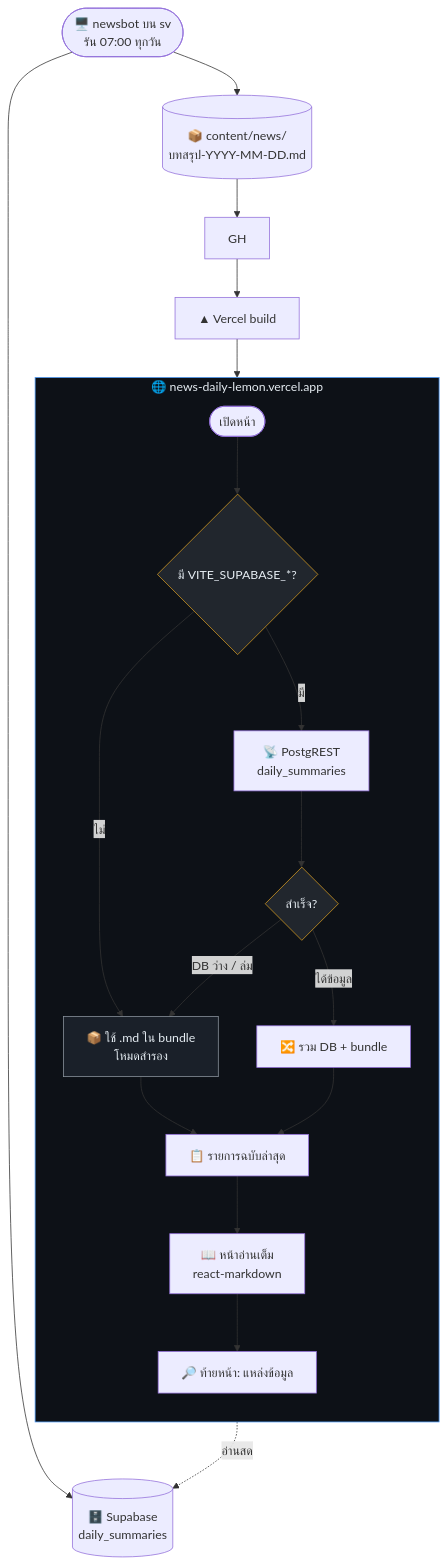
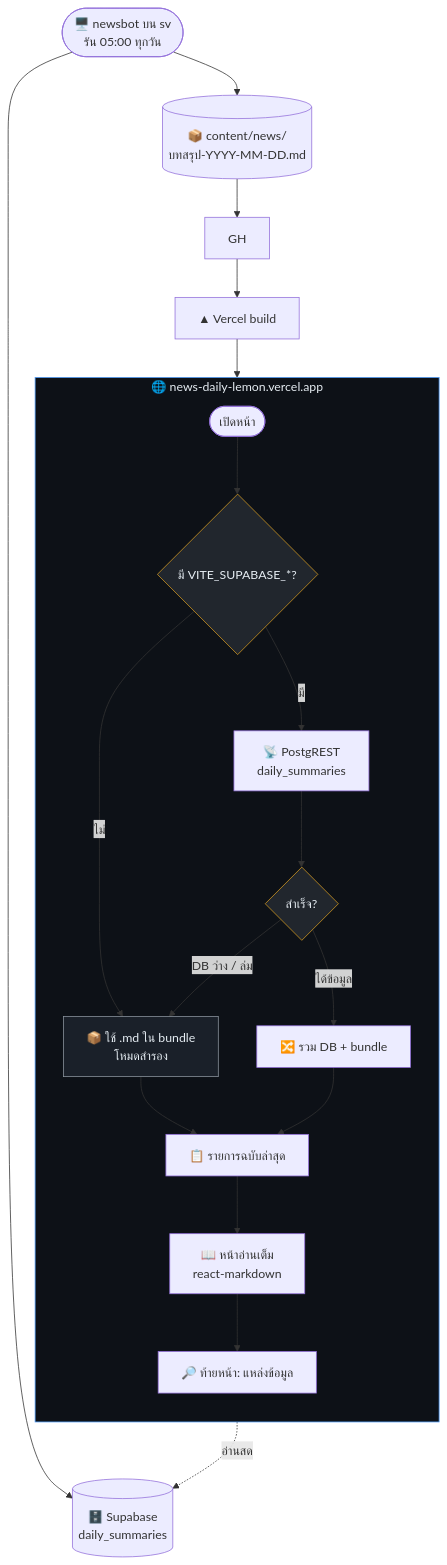
One commit to GridsDev/news-daily changed the first of 2 diagrams in README.md. Above: the diagram before and after it, drawn with Mermaid. The commit also changed other lines of this file and 7 other files, not shown here.

````diff
--- a/README.md
+++ b/README.md
@@ -13,27 +13,27 @@
 ```mermaid
 flowchart TD
-    BOT(["🖥️ newsbot บน sv<br/>รัน 07:00 ทุกวัน"]) --> DB[("🗄️ Supabase<br/>daily_summaries")]
+    BOT(["🖥️ newsbot บน sv<br/>รัน 05:00 ทุกวัน"]) --> DB[("🗄️ Supabase<br/>daily_summaries")]
     BOT --> MD[("📦 content/news/<br/>บทสรุป-YYYY-MM-DD.md")]
     MD --> GH --> V["▲ Vercel build"] --> SITE
 
     subgraph SITE["🌐 news-daily-lemon.vercel.app"]
         direction TB
         LOAD(["เปิดหน้า"]) --> CFG{"มี VITE_SUPABASE_*?"}
         CFG -- "ไม่" --> BUNDLE["📦 ใช้ .md ใน bundle<br/>โหมดสำรอง"]
         CFG -- "มี" --> API["📡 PostgREST<br/>daily_summaries"]
         API --> Q{"สำเร็จ?"}
         Q -- "DB ว่าง / ล่ม" --> BUNDLE
         Q -- "ได้ข้อมูล" --> MERGE["🔀 รวม DB + bundle"]
         BUNDLE --> LIST["📋 รายการฉบับล่าสุด"]
         MERGE --> LIST
         LIST --> DETAIL["📖 หน้าอ่านเต็ม<br/>react-markdown"]
         DETAIL --> FOOT["🔎 ท้ายหน้า: แหล่งข้อมูล"]
     end
 
     SITE -.->|"อ่านสด"| DB
 
     style SITE fill:#0d1117,stroke:#4f9cf9,color:#e6edf3
     style BUNDLE fill:#1a2029,stroke:#8b949e,color:#e6edf3
     style CFG fill:#21262d,stroke:#d29922,color:#e6edf3
     style Q fill:#21262d,stroke:#d29922,color:#e6edf3
 ```
````
